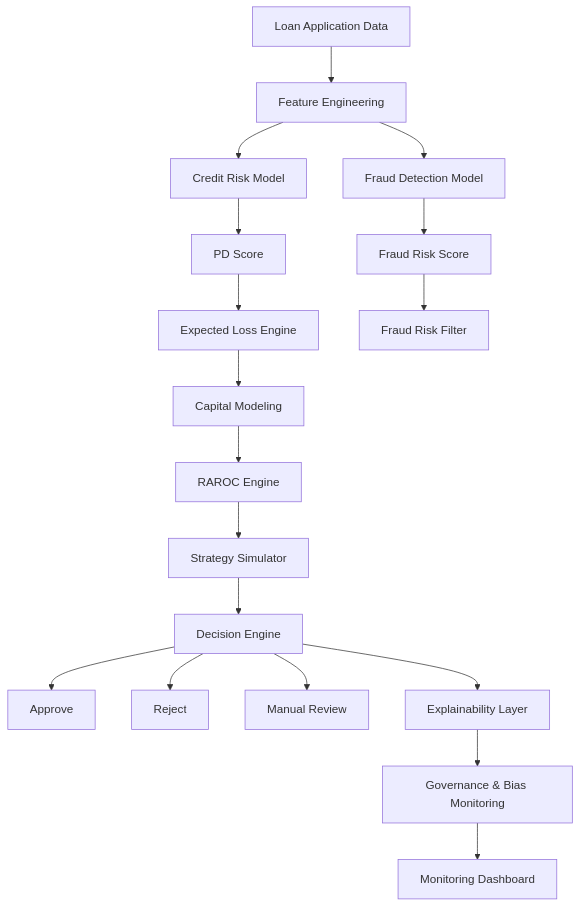
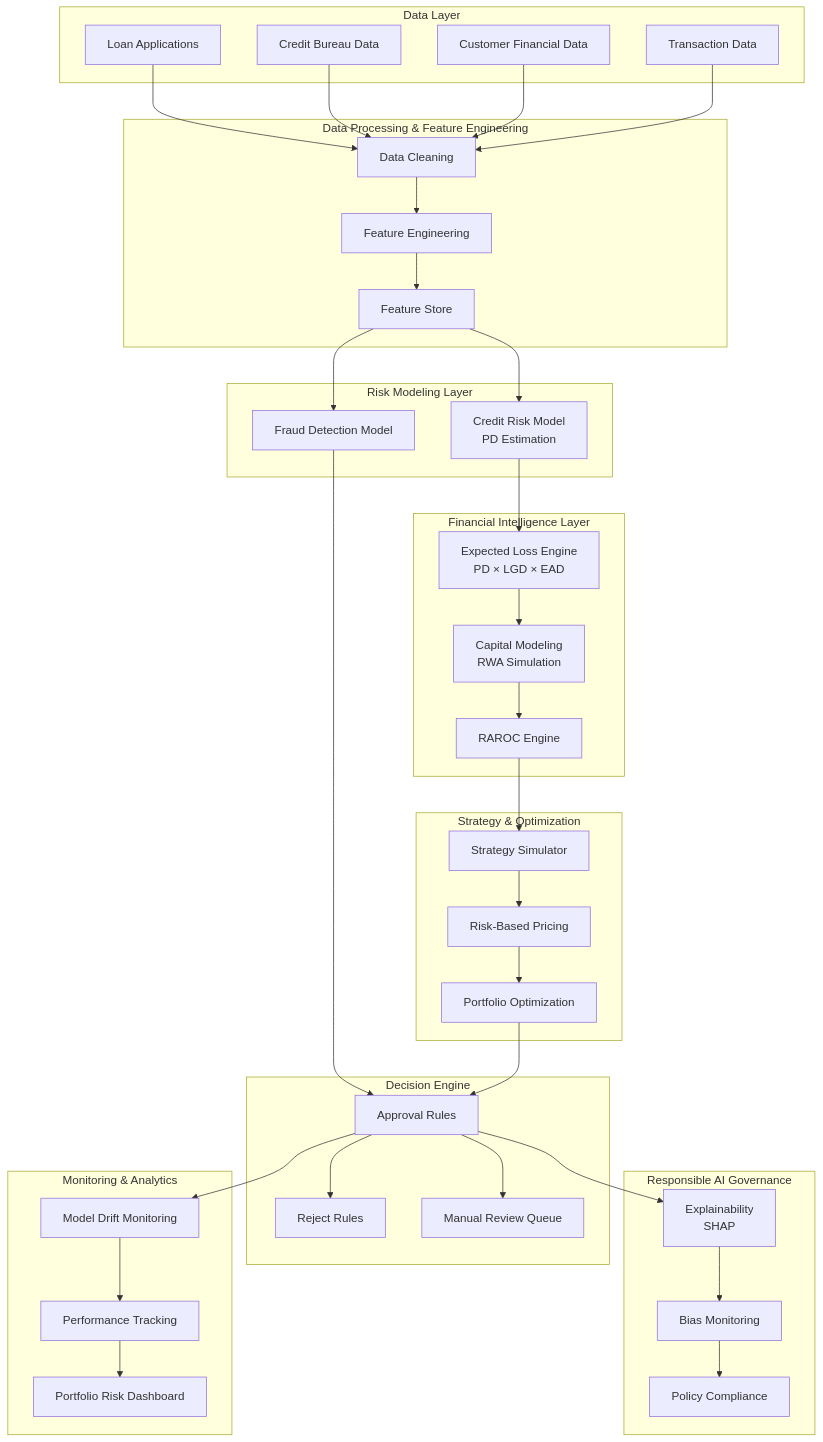
The diagram in README.md (hiralsarkar/AI-Risk-Decisioning-System), drawn with Mermaid before and after one commit. The commit also changed other lines of this file, not shown here.

Commit message:
Update README with system architecture diagram

````diff
--- a/README.md
+++ b/README.md
@@ -39,31 +34,85 @@
 ```mermaid
 flowchart TD
 
-A[Loan Application Data]
+subgraph Data_Layer["Data Layer"]
+A1[Loan Applications]
+A2[Credit Bureau Data]
+A3[Customer Financial Data]
+A4[Transaction Data]
+end
 
-A --> B[Feature Engineering]
-B --> C[Credit Risk Model]
-B --> D[Fraud Detection Model]
+subgraph Data_Processing["Data Processing & Feature Engineering"]
+B1[Data Cleaning]
+B2[Feature Engineering]
+B3[Feature Store]
+end
 
-C --> E[PD Score]
-D --> F[Fraud Risk Score]
+subgraph Risk_Modeling["Risk Modeling Layer"]
+C1[Credit Risk Model<br>PD Estimation]
+C2[Fraud Detection Model]
+end
 
-E --> G[Expected Loss Engine]
-F --> H[Fraud Risk Filter]
+subgraph Financial_Intelligence["Financial Intelligence Layer"]
+D1[Expected Loss Engine<br>PD × LGD × EAD]
+D2[Capital Modeling<br>RWA Simulation]
+D3[RAROC Engine]
+end
 
-G --> I[Capital Modeling]
-I --> J[RAROC Engine]
+subgraph Strategy_Layer["Strategy & Optimization"]
+E1[Strategy Simulator]
+E2[Risk-Based Pricing]
+E3[Portfolio Optimization]
+end
 
-J --> K[Strategy Simulator]
+subgraph Decision_Layer["Decision Engine"]
+F1[Approval Rules]
+F2[Reject Rules]
+F3[Manual Review Queue]
+end
 
-K --> L[Decision Engine]
+subgraph Governance["Responsible AI Governance"]
+G1[Explainability<br>SHAP]
+G2[Bias Monitoring]
+G3[Policy Compliance]
+end
 
-L --> M[Approve]
-L --> N[Reject]
-L --> O[Manual Review]
+subgraph Monitoring["Monitoring & Analytics"]
+H1[Model Drift Monitoring]
+H2[Performance Tracking]
+H3[Portfolio Risk Dashboard]
+end
 
-L --> P[Explainability Layer]
-P --> Q[Governance & Bias Monitoring]
+A1 --> B1
+A2 --> B1
+A3 --> B1
+A4 --> B1
 
-Q --> R[Monitoring Dashboard]
+B1 --> B2
+B2 --> B3
+
+B3 --> C1
+B3 --> C2
+
+C1 --> D1
+C2 --> F1
+
+D1 --> D2
+D2 --> D3
+
+D3 --> E1
+E1 --> E2
+E2 --> E3
+
+E3 --> F1
+
+F1 --> F2
+F1 --> F3
+
+F1 --> G1
+G1 --> G2
+G2 --> G3
+
+F1 --> H1
+H1 --> H2
+H2 --> H3
 ```
````
